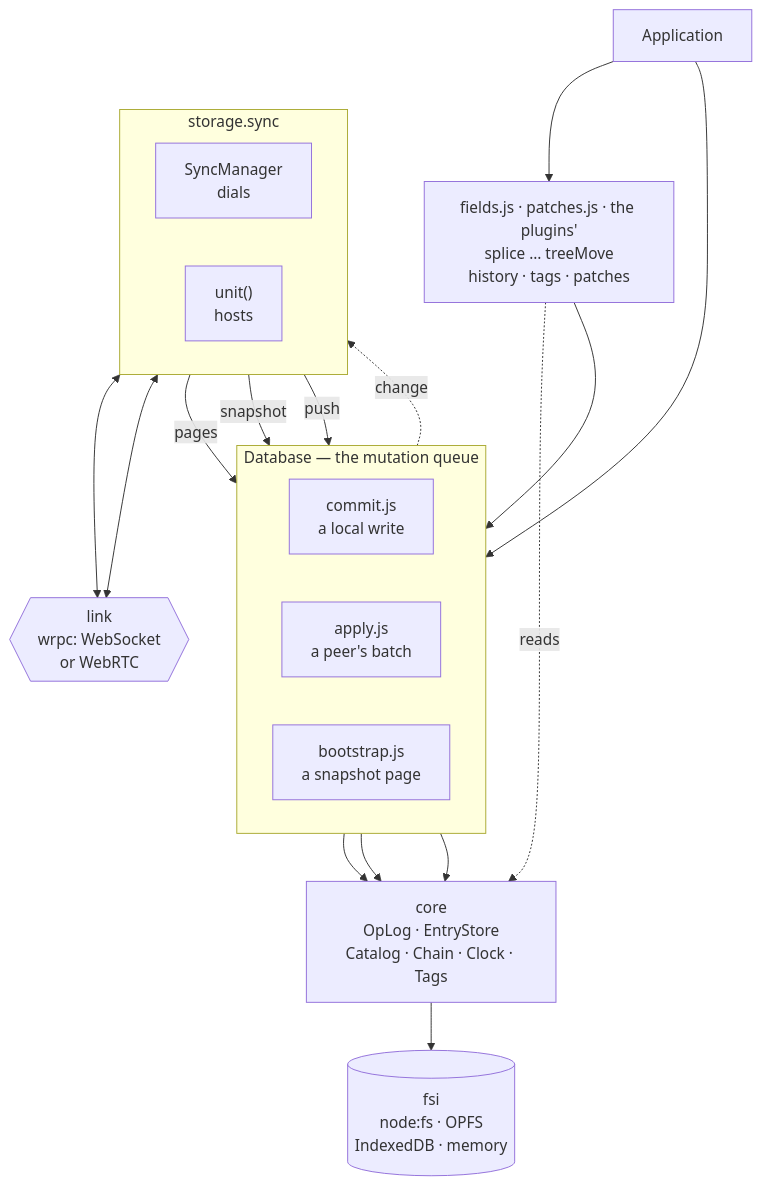
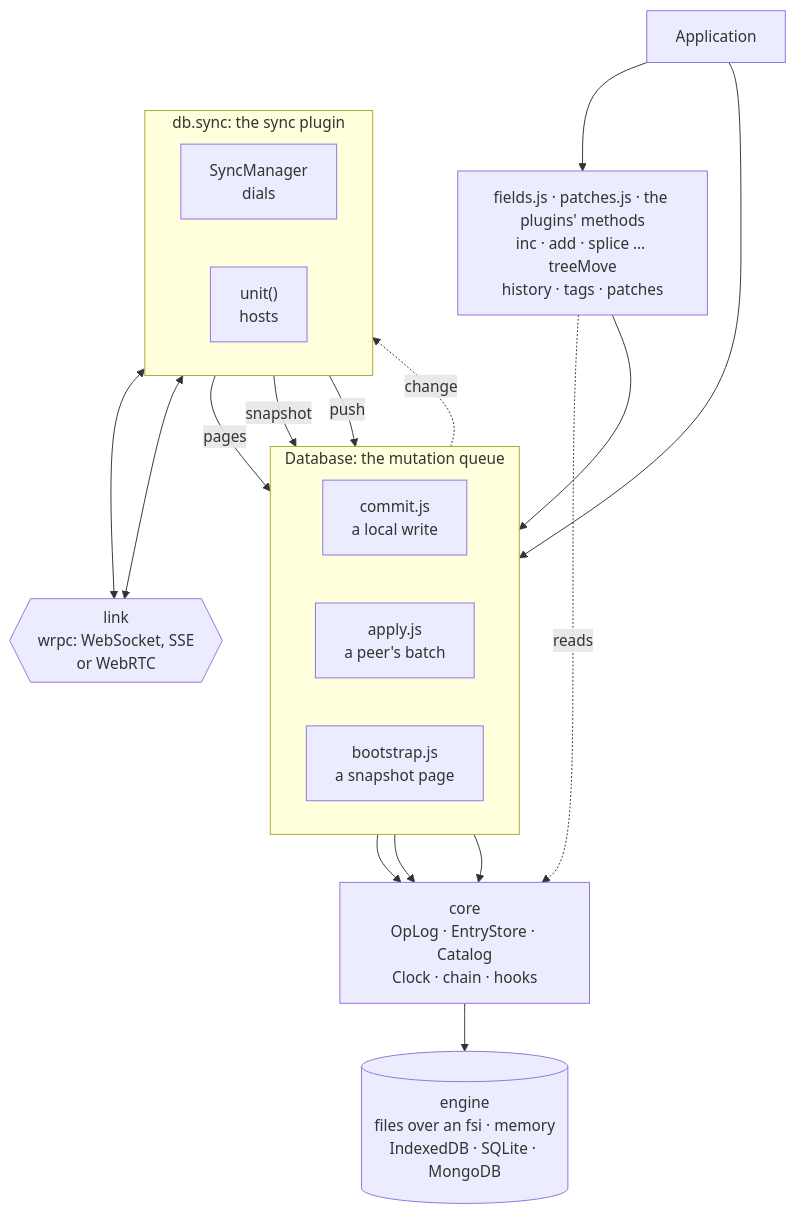
The first of 4 diagrams in docs/guide/architecture.md (Alexis-Technologies/syncom), drawn with Mermaid before and after one commit. The commit also changed other lines of this file and 270 other files, not shown here.

````diff
--- a/docs/guide/architecture.md
+++ b/docs/guide/architecture.md
@@ -19,33 +23,33 @@
 ```mermaid
 flowchart TB
   app["Application"]
-  api["fields.js · patches.js · the plugins'<br/>splice … treeMove<br/>history · tags · patches"]
-  subgraph storage["Database — the mutation queue"]
+  api["fields.js · patches.js · the plugins' methods<br/>inc · add · splice … treeMove<br/>history · tags · patches"]
+  subgraph db["Database: the mutation queue"]
     direction LR
     commit["commit.js<br/>a local write"]
     apply["apply.js<br/>a peer's batch"]
     boot["bootstrap.js<br/>a snapshot page"]
   end
-  core["core<br/>OpLog · EntryStore<br/>Catalog · Chain · Clock · Tags"]
-  fsi[("fsi<br/>node:fs · OPFS<br/>IndexedDB · memory")]
-  subgraph sync["storage.sync"]
+  core["core<br/>OpLog · EntryStore · Catalog<br/>Clock · chain · hooks"]
+  engine[("engine<br/>files over an fsi · memory<br/>IndexedDB · SQLite · MongoDB")]
+  subgraph sync["db.sync: the sync plugin"]
     direction LR
     dial["SyncManager<br/>dials"]
     host["unit()<br/>hosts"]
   end
-  link{{"link<br/>wrpc: WebSocket<br/>or WebRTC"}}
+  link{{"link<br/>wrpc: WebSocket, SSE<br/>or WebRTC"}}
   app --> commit
   app --> api
   api --> commit
   api -. reads .-> core
   commit --> core
   apply --> core
   boot --> core
-  core --> fsi
+  core --> engine
   commit -. change .-> dial
   dial -- pages --> apply
   dial -- snapshot --> boot
   host -- push --> apply
   dial <--> link
   host <--> link
 ```
````
